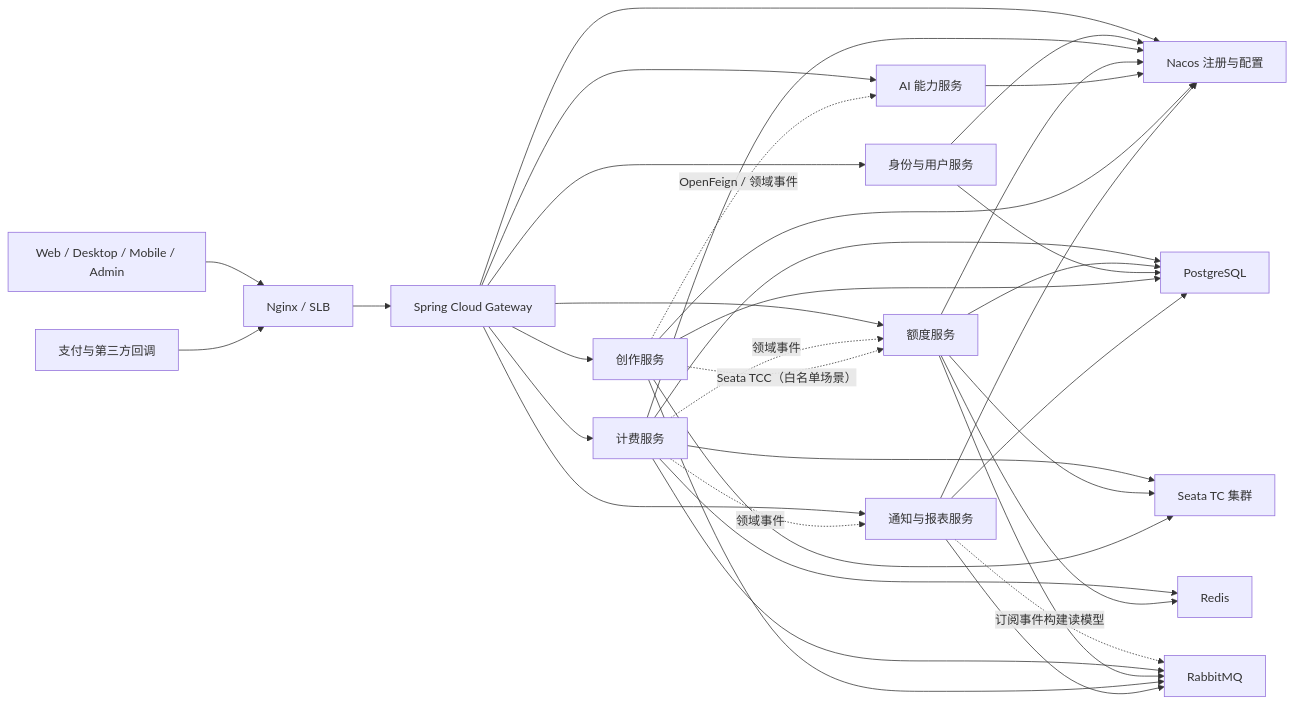
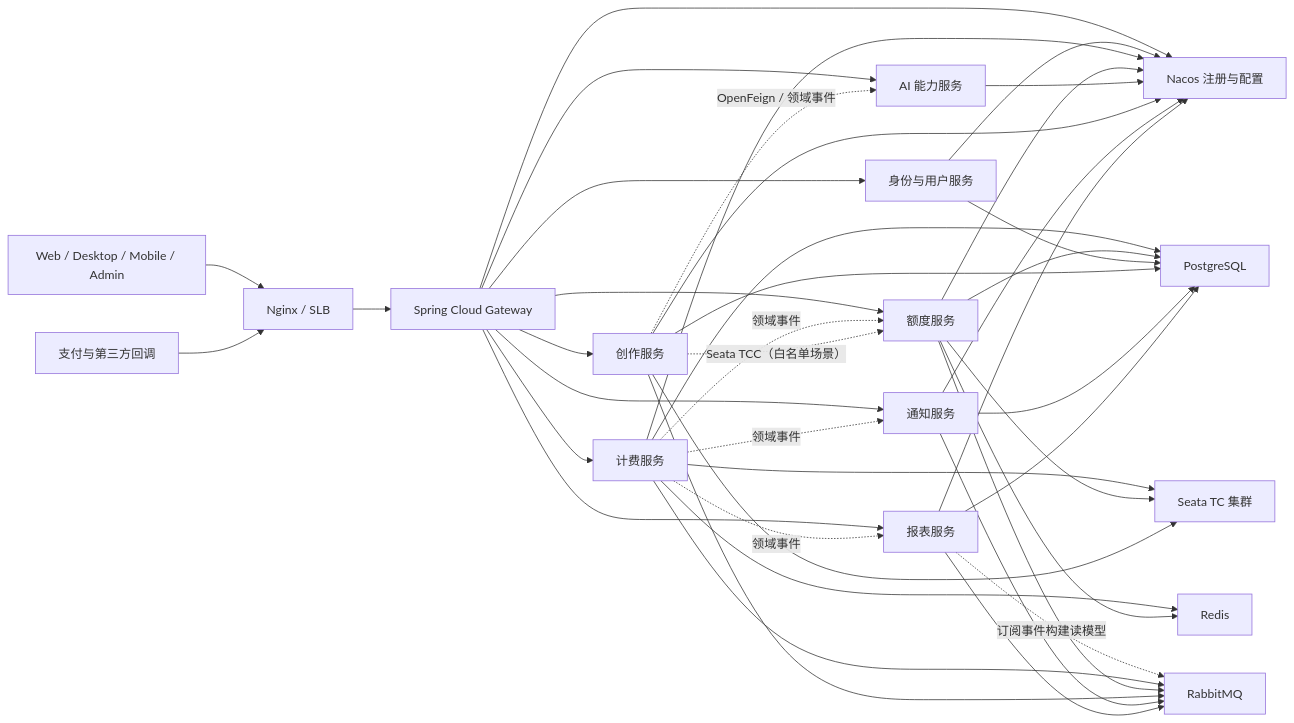
One commit to yogasamadhi/dramaip changed the first of 2 diagrams in docs/技术架构.md. Above: the diagram before and after it, drawn with Mermaid. The commit also changed other lines of this file and 518 other files, not shown here.

````diff
--- a/docs/技术架构.md
+++ b/docs/技术架构.md
@@ -32,44 +29,49 @@
 ```mermaid
 flowchart LR
     Client["Web / Desktop / Mobile / Admin"] --> Edge["Nginx / SLB"]
     Callback["支付与第三方回调"] --> Edge
     Edge --> Gateway["Spring Cloud Gateway"]
 
     Gateway --> Identity["身份与用户服务"]
     Gateway --> Billing["计费服务"]
     Gateway --> Quota["额度服务"]
     Gateway --> AI["AI 能力服务"]
     Gateway --> Creation["创作服务"]
-    Gateway --> Support["通知与报表服务"]
+    Gateway --> Notification["通知服务"]
+    Gateway --> Reporting["报表服务"]
 
     Billing -. "领域事件" .-> Quota
-    Billing -. "领域事件" .-> Support
+    Billing -. "领域事件" .-> Notification
+    Billing -. "领域事件" .-> Reporting
     Creation -. "OpenFeign / 领域事件" .-> AI
-    Support -. "订阅事件构建读模型" .-> MQ["RabbitMQ"]
+    Reporting -. "订阅事件构建读模型" .-> MQ["RabbitMQ"]
     Creation -. "Seata TCC（白名单场景）" .-> Quota
 
     Gateway --> Nacos["Nacos 注册与配置"]
     Identity --> Nacos
     Billing --> Nacos
     Quota --> Nacos
     AI --> Nacos
     Creation --> Nacos
-    Support --> Nacos
+    Notification --> Nacos
+    Reporting --> Nacos
 
     Billing --> Seata["Seata TC 集群"]
     Quota --> Seata
     Creation --> Seata
 
     Billing --> PG["PostgreSQL"]
     Quota --> PG
     Identity --> PG
     Creation --> PG
-    Support --> PG
+    Notification --> PG
+    Reporting --> PG
     Billing --> Redis["Redis"]
     Quota --> Redis
 
     Billing --> MQ
     Quota --> MQ
     Creation --> MQ
-    Support --> MQ
+    Notification --> MQ
+    Reporting --> MQ
 ```
````
